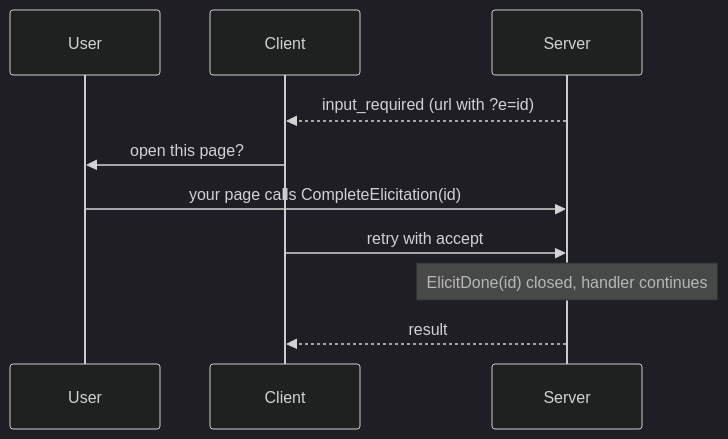
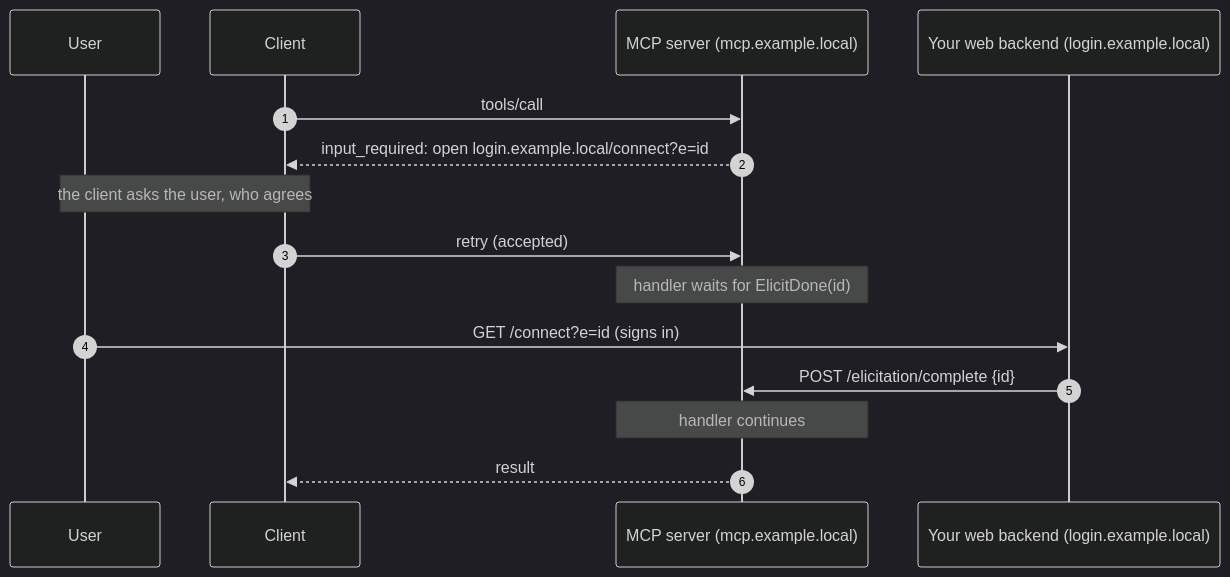
One commit to StevenCyb/GoMCP changed the ninth of 19 diagrams in README.md. Above: the diagram before and after it, drawn with Mermaid (dark theme). The commit also changed other lines of this file and 20 other files, not shown here.

````diff
--- a/README.md
+++ b/README.md
@@ -497,12 +581,17 @@
 ```mermaid
 sequenceDiagram
+    autonumber
     participant U as User
     participant C as Client
-    participant S as Server
-    S-->>C: input_required (url with ?e=id)
-    C->>U: open this page?
-    U->>S: your page calls CompleteElicitation(id)
-    C->>S: retry with accept
-    Note over S: ElicitDone(id) closed, handler continues
+    participant S as MCP server (mcp.example.local)
+    participant P as Your web backend (login.example.local)
+    C->>S: tools/call
+    S-->>C: input_required: open login.example.local/connect?e=id
+    Note over U,C: the client asks the user, who agrees
+    C->>S: retry (accepted)
+    Note over S: handler waits for ElicitDone(id)
+    U->>P: GET /connect?e=id (signs in)
+    P->>S: POST /elicitation/complete {id}
+    Note over S: handler continues
     S-->>C: result
 ```
````
